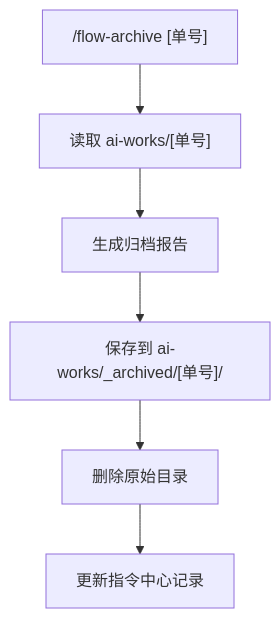
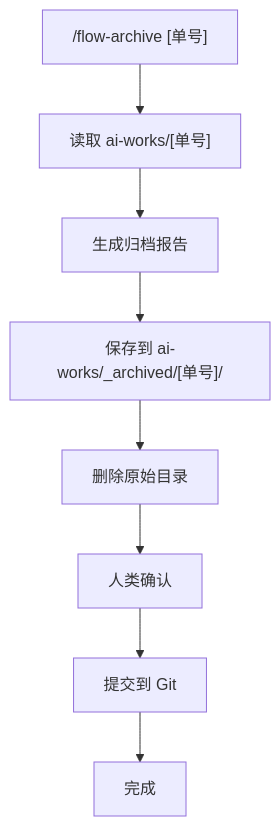
Before and after one commit to hakonleung/halo: the diagram in ai-coding/action-archive.md, drawn with Mermaid. The commit also changed other lines of this file and 31 other files, not shown here.

````diff
--- a/ai-coding/action-archive.md
+++ b/ai-coding/action-archive.md
@@ -24,8 +24,10 @@
 ```mermaid
 flowchart TD
     A["/flow-archive [单号]"] --> B["读取 ai-works/[单号]"]
     B --> C["生成归档报告"]
     C --> D["保存到 ai-works/_archived/[单号]/"]
     D --> E["删除原始目录"]
-    E --> F["更新指令中心记录"]
+    E --> F["人类确认"]
+    F --> G["提交到 Git"]
+    G --> H["完成"]
 ```
````
